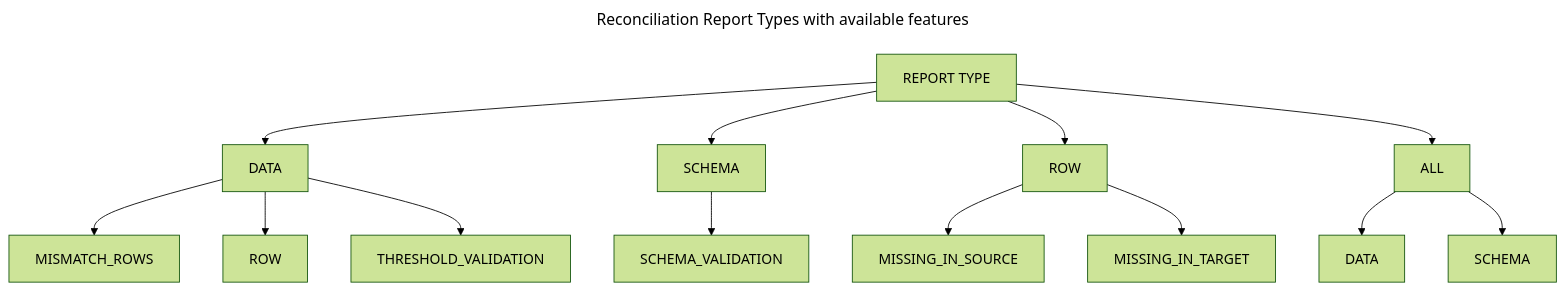
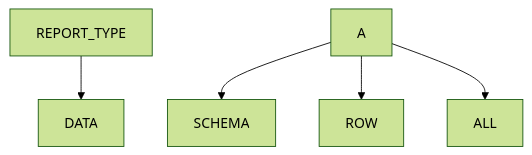
One commit to databrickslabs/remorph changed the first of 5 diagrams in README_RECON.md. Above: the diagram before and after it, drawn with Mermaid (forest theme). The commit also changed other lines of this file and 1 other file, not shown here.

````diff
--- a/README_RECON.md
+++ b/README_RECON.md
@@ -13,18 +13,7 @@
 ```mermaid
----
-title: Reconciliation Report Types with available features
----
-  flowchart TD
-      A[REPORT TYPE] --> B[DATA]
-      A --> C[SCHEMA]
-      A --> D[ROW]
-      A --> E[ALL]
-      B --> MISMATCH_ROWS
-      B --> ROW
-      B --> THRESHOLD_VALIDATION
-      C --> SCHEMA_VALIDATION
-      D --> MISSING_IN_SOURCE
-      D --> MISSING_IN_TARGET
-      E --> DATA
-      E --> SCHEMA       
+flowchart TD
+    REPORT_TYPE --> DATA
+    A --> SCHEMA
+    A --> ROW
+    A --> ALL
 ```
````
